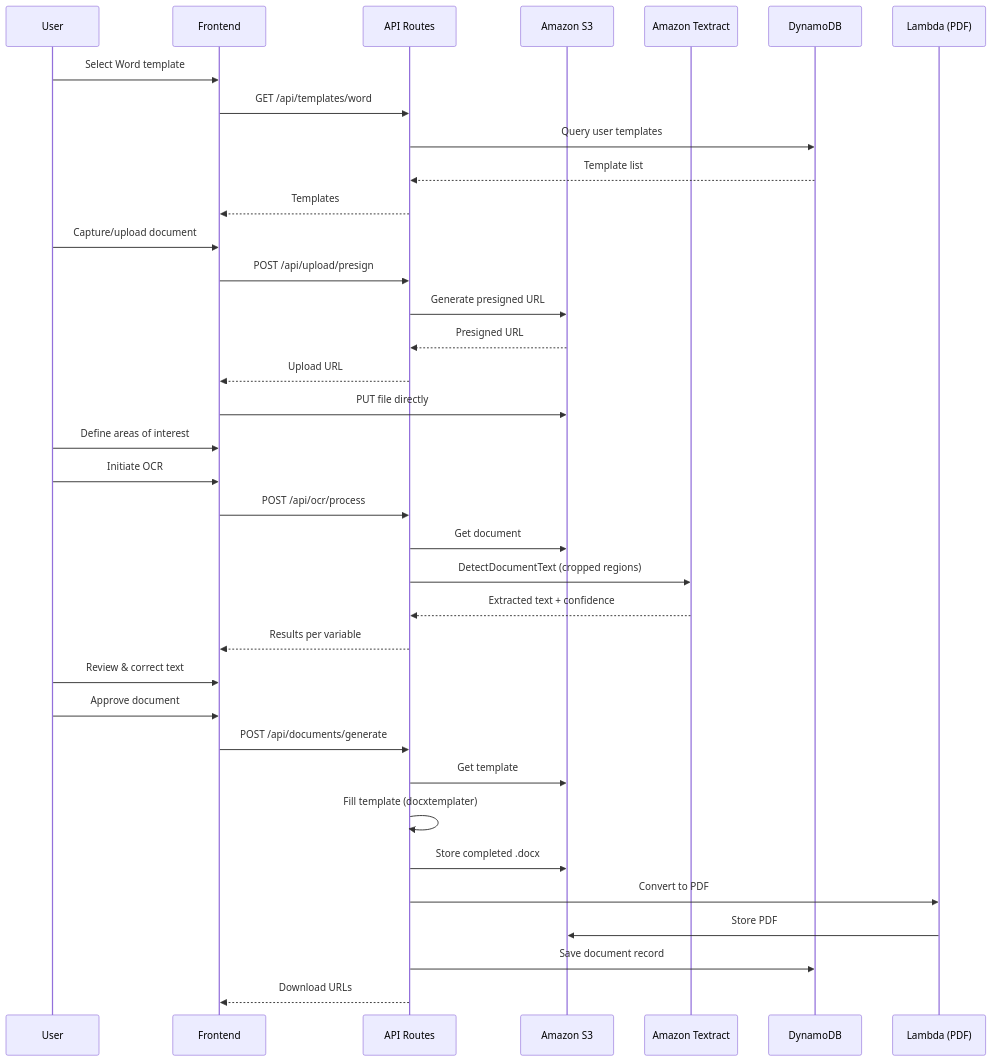
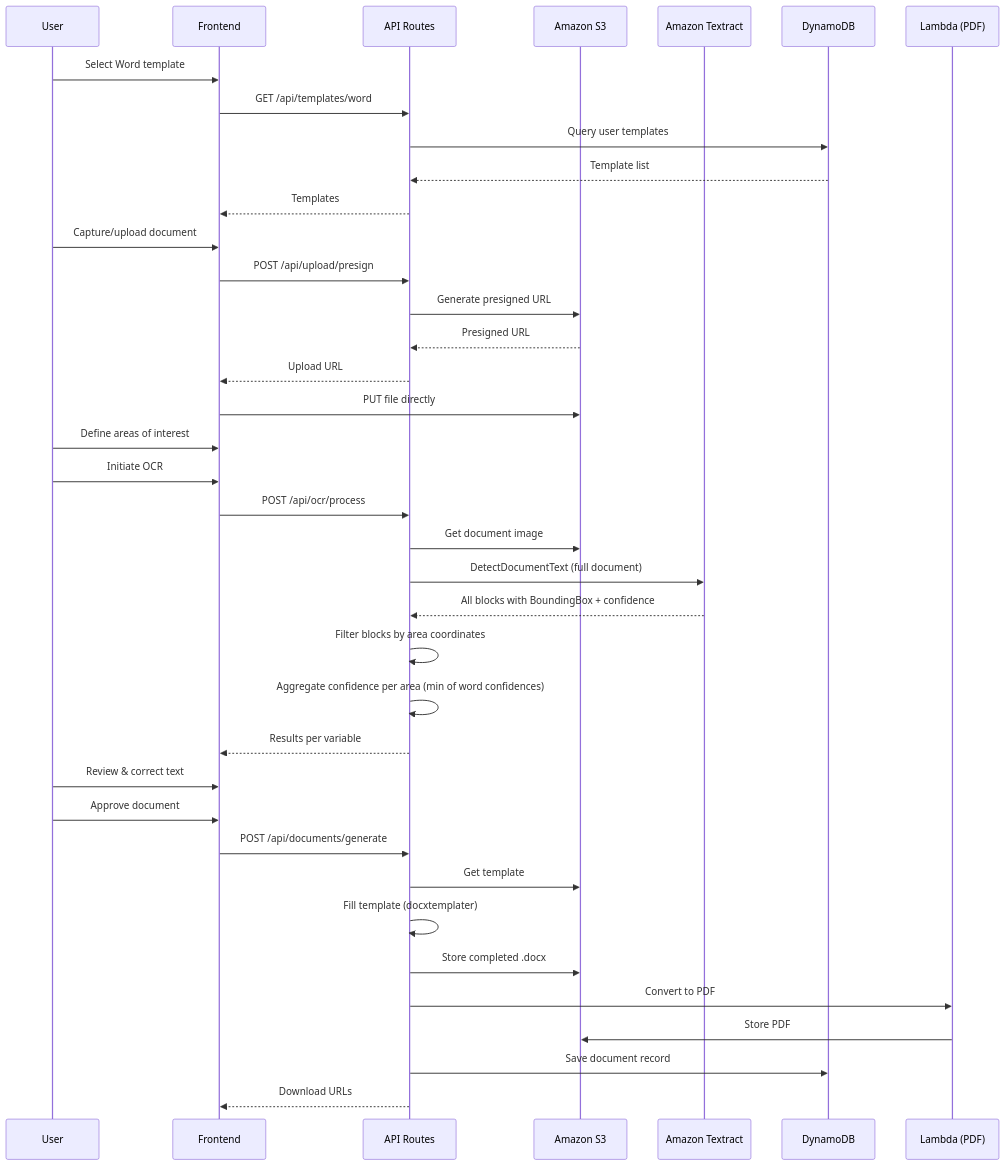
The second of 3 diagrams in .kiro/specs/document-digitization/design.md (SEBAS200309/HACKATON), drawn with Mermaid before and after one commit. The commit also changed other lines of this file, not shown here.

````diff
--- a/.kiro/specs/document-digitization/design.md
+++ b/.kiro/specs/document-digitization/design.md
@@ -65,42 +65,44 @@
 ```mermaid
 sequenceDiagram
     participant U as User
     participant FE as Frontend
     participant API as API Routes
     participant S3 as Amazon S3
     participant TX as Amazon Textract
     participant DB as DynamoDB
     participant PDF as Lambda (PDF)
 
     U->>FE: Select Word template
     FE->>API: GET /api/templates/word
     API->>DB: Query user templates
     DB-->>API: Template list
     API-->>FE: Templates
 
     U->>FE: Capture/upload document
     FE->>API: POST /api/upload/presign
     API->>S3: Generate presigned URL
     S3-->>API: Presigned URL
     API-->>FE: Upload URL
     FE->>S3: PUT file directly
 
     U->>FE: Define areas of interest
     U->>FE: Initiate OCR
     FE->>API: POST /api/ocr/process
-    API->>S3: Get document
-    API->>TX: DetectDocumentText (cropped regions)
-    TX-->>API: Extracted text + confidence
+    API->>S3: Get document image
+    API->>TX: DetectDocumentText (full document)
+    TX-->>API: All blocks with BoundingBox + confidence
+    API->>API: Filter blocks by area coordinates
+    API->>API: Aggregate confidence per area (min of word confidences)
     API-->>FE: Results per variable
 
     U->>FE: Review & correct text
     U->>FE: Approve document
     FE->>API: POST /api/documents/generate
     API->>S3: Get template
     API->>API: Fill template (docxtemplater)
     API->>S3: Store completed .docx
     API->>PDF: Convert to PDF
     PDF->>S3: Store PDF
     API->>DB: Save document record
     API-->>FE: Download URLs
 ```
````
